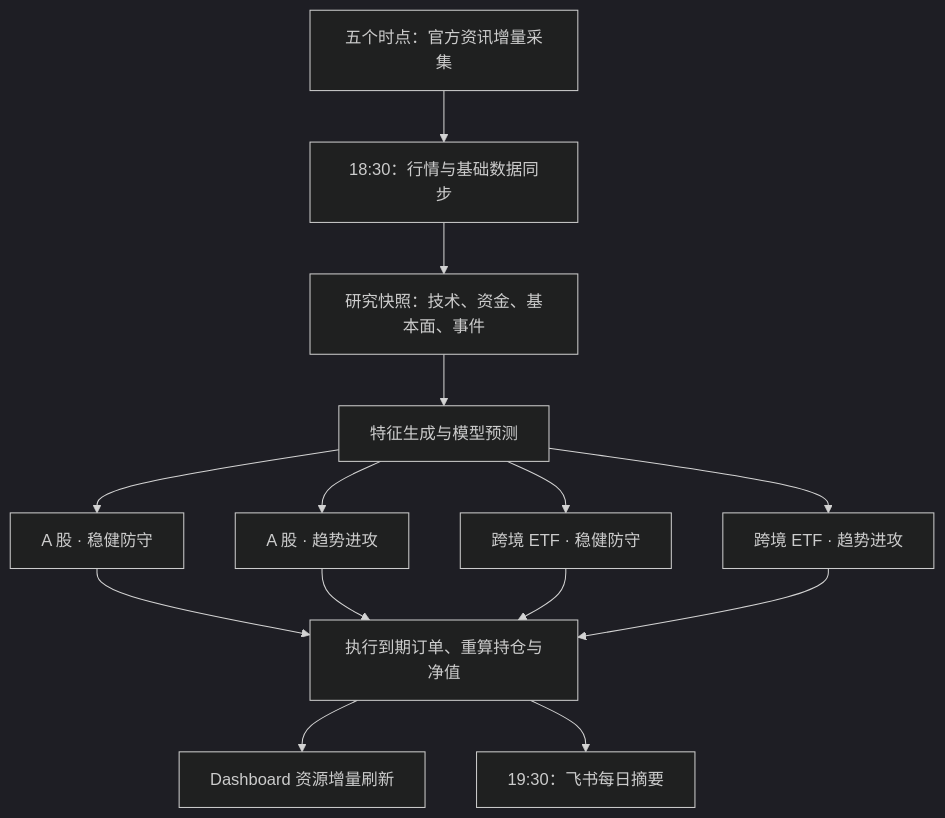
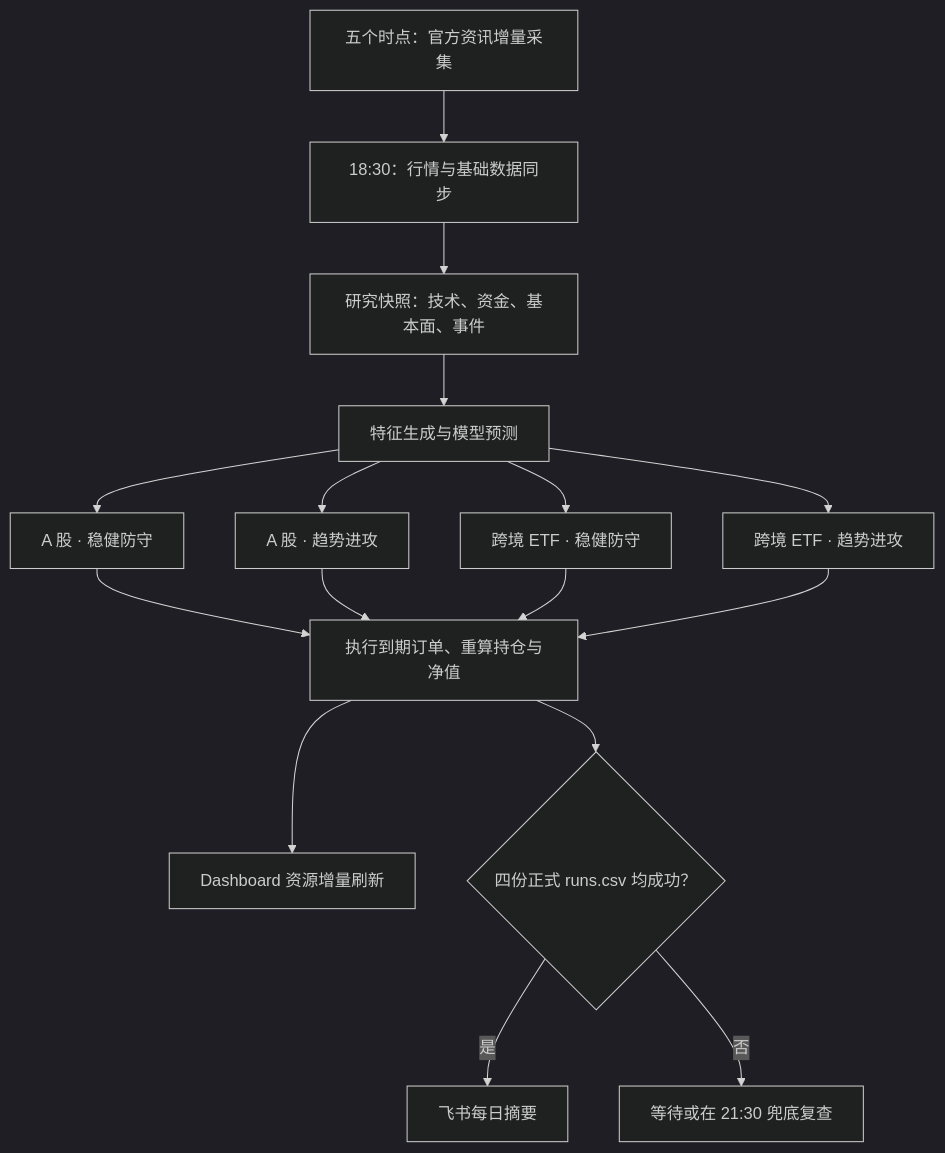
Before and after one commit to skaleto/stock-analyze: the second of 4 diagrams in docs/system-overview.md, drawn with Mermaid (dark theme). The commit also changed other lines of this file and 672 other files, not shown here.

````diff
--- a/docs/system-overview.md
+++ b/docs/system-overview.md
@@ -41,16 +41,18 @@
 ```mermaid
 flowchart TD
     A[五个时点：官方资讯增量采集] --> B[18:30：行情与基础数据同步]
     B --> C[研究快照：技术、资金、基本面、事件]
     C --> D[特征生成与模型预测]
     D --> E[A 股 · 稳健防守]
     D --> F[A 股 · 趋势进攻]
     D --> G[跨境 ETF · 稳健防守]
     D --> H[跨境 ETF · 趋势进攻]
     E --> I[执行到期订单、重算持仓与净值]
     F --> I
     G --> I
     H --> I
     I --> J[Dashboard 资源增量刷新]
-    I --> K[19:30：飞书每日摘要]
+    I --> K{四份正式 runs.csv 均成功？}
+    K -->|是| L[飞书每日摘要]
+    K -->|否| M[等待或在 21:30 兜底复查]
 ```
````
